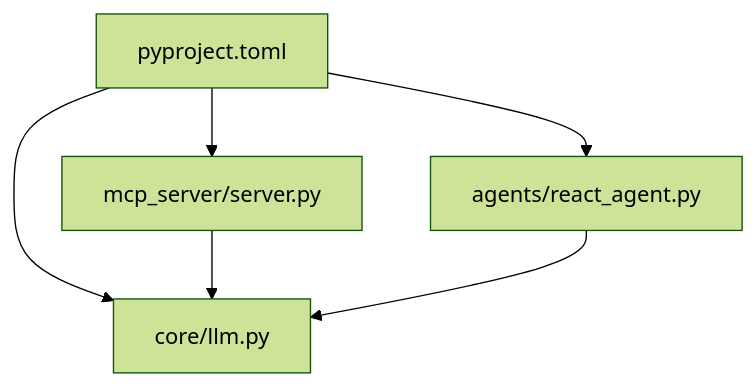
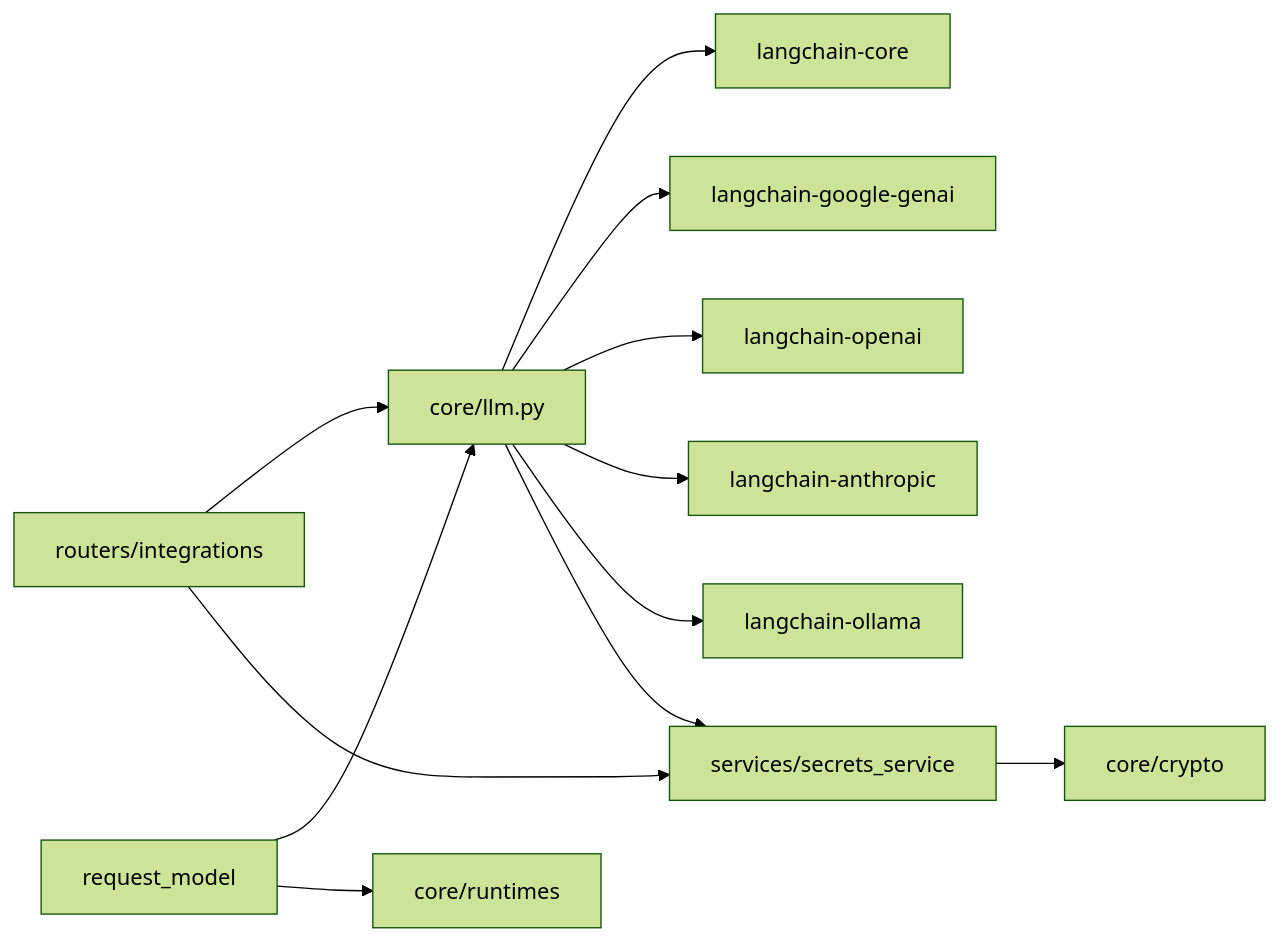
Before and after one commit to tashifkhan/tashif.codes: the sixth of 6 diagrams in src/data/docs/agentic-browser/AI Agent System/LLM Provider Abstraction.md, drawn with Mermaid (forest theme). The commit also changed other lines of this file and 114 other files, not shown here.

````diff
--- a/src/data/docs/agentic-browser/AI Agent System/LLM Provider Abstraction.md
+++ b/src/data/docs/agentic-browser/AI Agent System/LLM Provider Abstraction.md
@@ -183,12 +171,14 @@
 ```mermaid
-graph TB
-PY["pyproject.toml"]
-LLM["core/llm.py"]
-MCP["mcp_server/server.py"]
-REACT["agents/react_agent.py"]
-PY --> LLM
-PY --> MCP
-PY --> REACT
-MCP --> LLM
-REACT --> LLM
+graph LR
+  LLM["core/llm.py"] --> LC["langchain-core"]
+  LLM --> GOOG["langchain-google-genai"]
+  LLM --> OAI["langchain-openai"]
+  LLM --> ANT["langchain-anthropic"]
+  LLM --> OLL["langchain-ollama"]
+  LLM --> SEC["services/secrets_service"]
+  SEC --> CR["core/crypto"]
+  RI["routers/integrations"] --> LLM
+  RI --> SEC
+  RM["request_model"] --> LLM
+  RM --> RUN["core/runtimes"]
 ```
````
